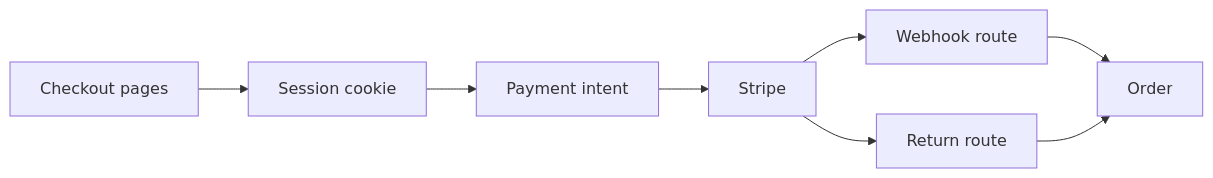
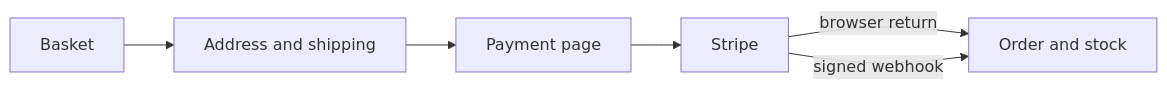
One commit to munrhalls/sanglogium changed the diagram in docs/features/checkout/README.md. Above: the diagram before and after it, drawn with Mermaid. The commit also changed other lines of this file, not shown here.

Commit message:
Update checkout README: simpler diagram, proofs, open holes

````diff
--- a/docs/features/checkout/README.md
+++ b/docs/features/checkout/README.md
@@ -6,10 +6,8 @@
 ```mermaid
 flowchart LR
-  A[Checkout pages] --> B[Session cookie]
-  B --> C[Payment intent]
+  A[Basket] --> B[Address and shipping]
+  B --> C[Payment page]
   C --> D[Stripe]
-  D --> E[Webhook route]
-  D --> F[Return route]
-  E --> G[Order]
-  F --> G
+  D -->|browser return| E[Order and stock]
+  D -->|signed webhook| E
 ```
````
